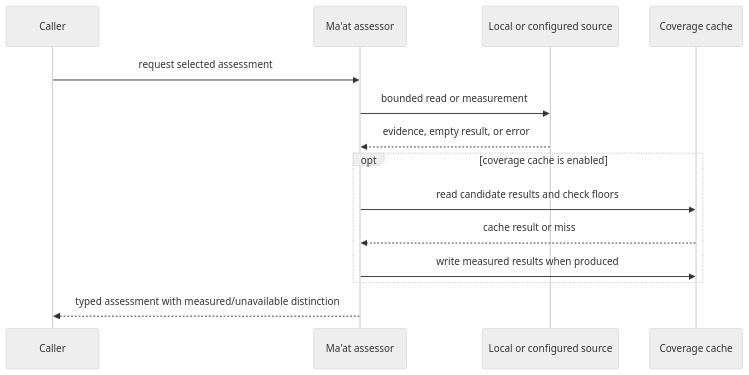
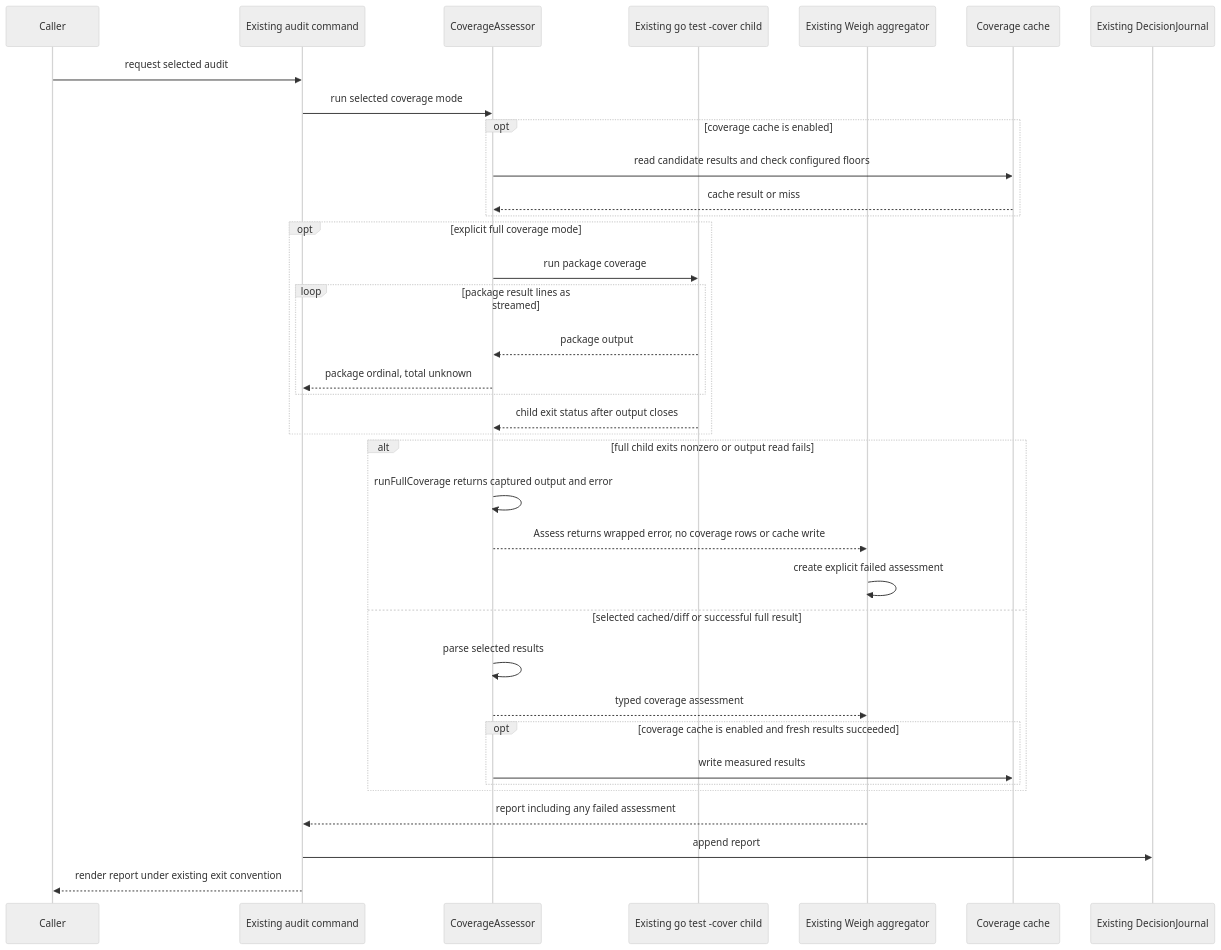
One commit to SirsiMaster/sirsi-pantheon changed the fourth of 44 diagrams in docs/stacklab/pantheon-pt/canon/DIAGRAMS_MAAT_GOVERNANCE.md. Above: the diagram before and after it, drawn with Mermaid (neutral theme). The commit also changed other lines of this file and 61 other files, not shown here.

````diff
--- a/docs/stacklab/pantheon-pt/canon/DIAGRAMS_MAAT_GOVERNANCE.md
+++ b/docs/stacklab/pantheon-pt/canon/DIAGRAMS_MAAT_GOVERNANCE.md
@@ -90,16 +115,38 @@
 ```mermaid
 sequenceDiagram
   participant Caller
-  participant Assessor as Ma'at assessor
-  participant Source as Local or configured source
+  participant CLI as Existing audit command
+  participant Assessor as CoverageAssessor
+  participant Child as Existing go test -cover child
+  participant Weigh as Existing Weigh aggregator
   participant Cache as Coverage cache
-  Caller->>Assessor: request selected assessment
-  Assessor->>Source: bounded read or measurement
-  Source-->>Assessor: evidence, empty result, or error
+  participant Journal as Existing DecisionJournal
+  Caller->>CLI: request selected audit
+  CLI->>Assessor: run selected coverage mode
   opt coverage cache is enabled
-    Assessor->>Cache: read candidate results and check floors
+    Assessor->>Cache: read candidate results and check configured floors
     Cache-->>Assessor: cache result or miss
-    Assessor->>Cache: write measured results when produced
   end
-  Assessor-->>Caller: typed assessment with measured/unavailable distinction
+  opt explicit full coverage mode
+    Assessor->>Child: run package coverage
+    loop package result lines as streamed
+      Child-->>Assessor: package output
+      Assessor-->>CLI: package ordinal, total unknown
+    end
+    Child-->>Assessor: child exit status after output closes
+  end
+  alt full child exits nonzero or output read fails
+    Assessor->>Assessor: runFullCoverage returns captured output and error
+    Assessor-->>Weigh: Assess returns wrapped error, no coverage rows or cache write
+    Weigh->>Weigh: create explicit failed assessment
+  else selected cached/diff or successful full result
+    Assessor->>Assessor: parse selected results
+    Assessor-->>Weigh: typed coverage assessment
+    opt coverage cache is enabled and fresh results succeeded
+      Assessor->>Cache: write measured results
+    end
+  end
+  Weigh-->>CLI: report including any failed assessment
+  CLI->>Journal: append report
+  CLI-->>Caller: render report under existing exit convention
 ```
````
